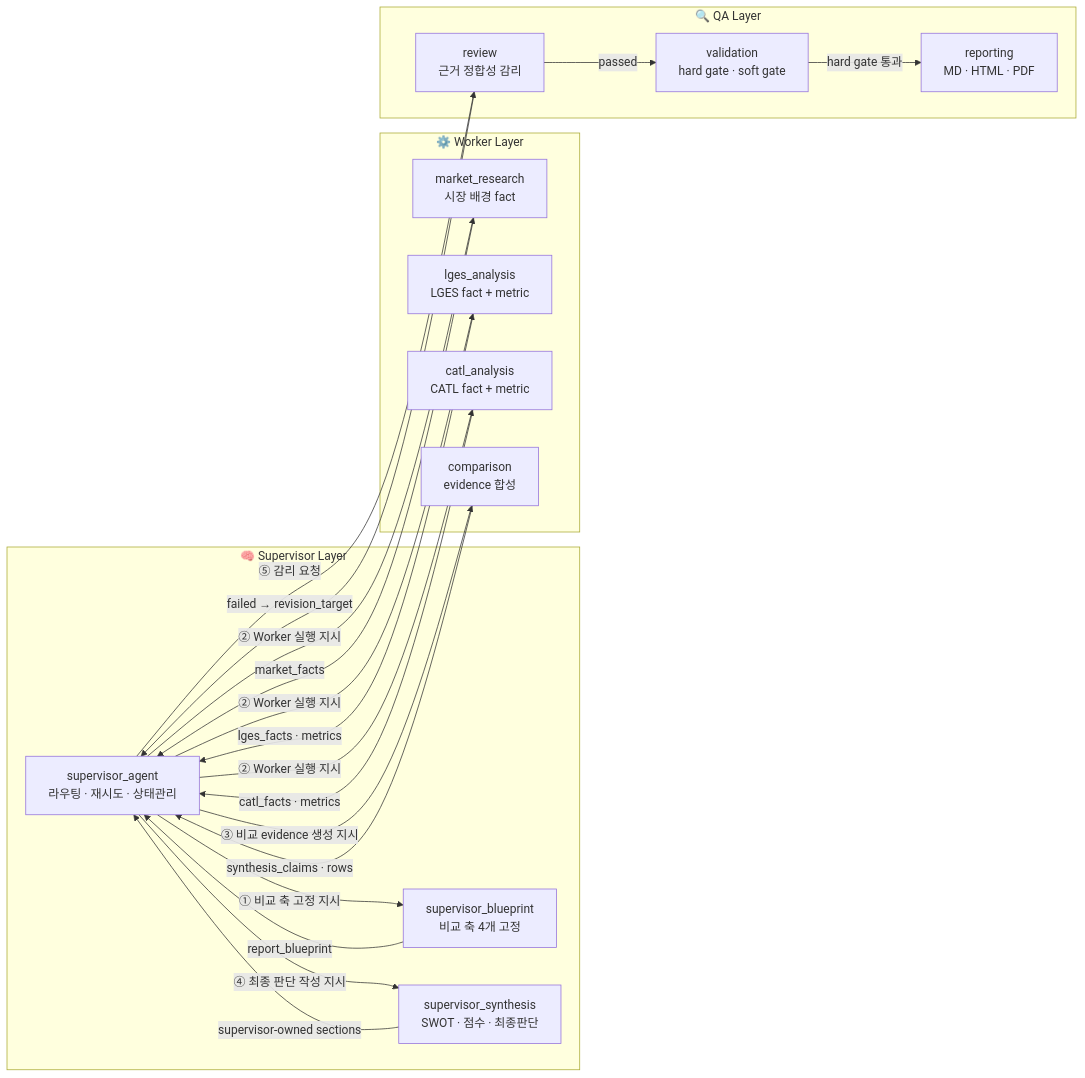
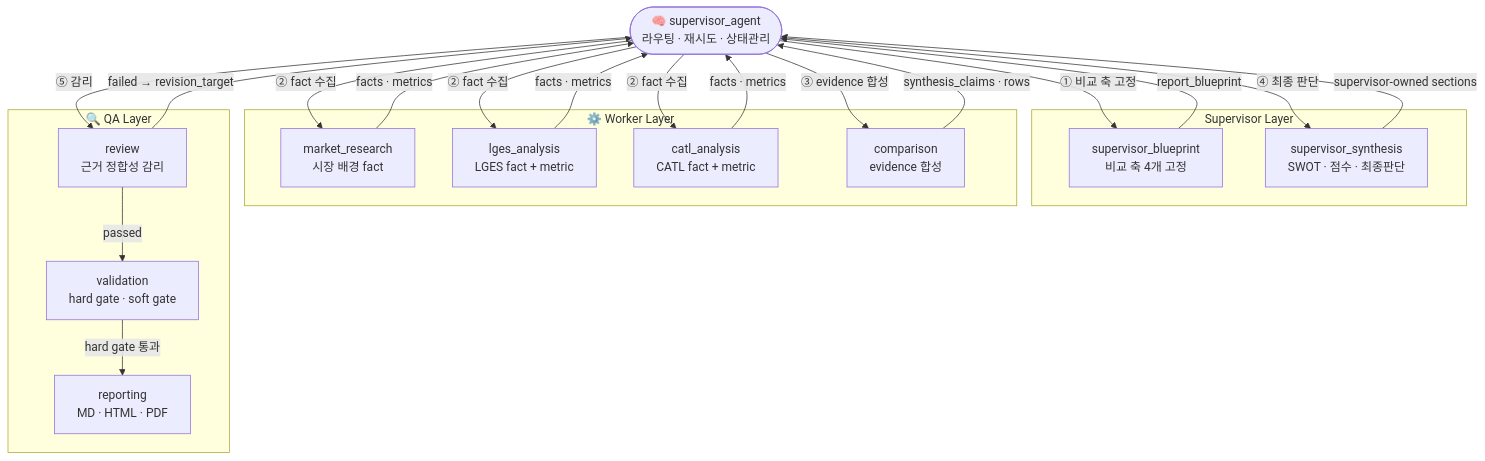
The first of 4 diagrams in README.md (juwonleee/battery-strategy-multi-agent), drawn with Mermaid before and after one commit. The commit also changed other lines of this file, not shown here.

Commit message:
docs: simplify README architecture overview

````diff
--- a/README.md
+++ b/README.md
@@ -41,43 +41,40 @@
 ```mermaid
-graph LR
-    subgraph SUP["🧠 Supervisor Layer"]
-        SA["supervisor_agent\n라우팅 · 재시도 · 상태관리"]
+graph TD
+    SA(["🧠 supervisor_agent\n라우팅 · 재시도 · 상태관리"])
+
+    subgraph SUP["Supervisor Layer"]
         SBP["supervisor_blueprint\n비교 축 4개 고정"]
         SS["supervisor_synthesis\nSWOT · 점수 · 최종판단"]
     end
 
     subgraph WORK["⚙️ Worker Layer"]
         MR["market_research\n시장 배경 fact"]
         LA["lges_analysis\nLGES fact + metric"]
         CA["catl_analysis\nCATL fact + metric"]
         CMP["comparison\nevidence 합성"]
     end
 
     subgraph QA["🔍 QA Layer"]
         REV["review\n근거 정합성 감리"]
         VAL["validation\nhard gate · soft gate"]
         RPT["reporting\nMD · HTML · PDF"]
     end
 
-    SA -->|"① 비교 축 고정 지시"| SBP
+    SA -->|"① 비교 축 고정"| SBP
     SBP -->|"report_blueprint"| SA
 
-    SA -->|"② Worker 실행 지시"| MR
-    SA -->|"② Worker 실행 지시"| LA
-    SA -->|"② Worker 실행 지시"| CA
-    MR -->|"market_facts"| SA
-    LA -->|"lges_facts · metrics"| SA
-    CA -->|"catl_facts · metrics"| SA
+    SA -->|"② fact 수집"| MR & LA & CA
+    MR & LA & CA -->|"facts · metrics"| SA
 
-    SA -->|"③ 비교 evidence 생성 지시"| CMP
+    SA -->|"③ evidence 합성"| CMP
     CMP -->|"synthesis_claims · rows"| SA
 
-    SA -->|"④ 최종 판단 작성 지시"| SS
+    SA -->|"④ 최종 판단"| SS
     SS -->|"supervisor-owned sections"| SA
 
-    SA -->|"⑤ 감리 요청"| REV
+    SA -->|"⑤ 감리"| REV
     REV -->|"passed"| VAL
     REV -->|"failed → revision_target"| SA
 
     VAL -->|"hard gate 통과"| RPT
 ```
````
